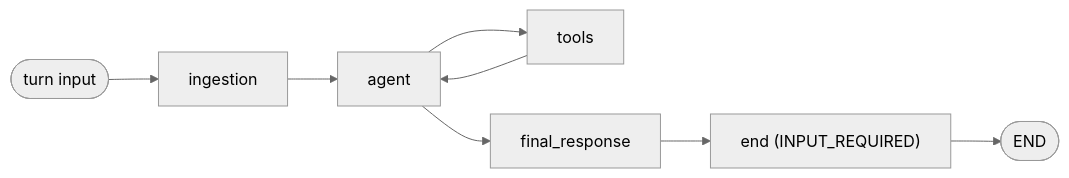
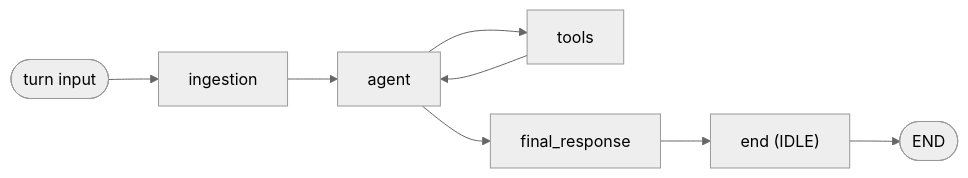
Before and after one commit to movax01h/ai-gateway: the diagram in docs/flow_registry/chat_engine.md, drawn with Mermaid (neutral theme). The commit also changed other lines of this file and 17 other files, not shown here.

Commit message:
feat(chat-engine): rest a turn as IDLE, shown as INPUT_REQUIRED to older consumers

````diff
--- a/docs/flow_registry/chat_engine.md
+++ b/docs/flow_registry/chat_engine.md
@@ -75,10 +79,10 @@
 ```mermaid
 flowchart LR
     input([turn input]) --> ingestion
     ingestion --> agent
     agent --> tools
     tools --> agent
     agent --> final_response
-    final_response --> boundary["end (INPUT_REQUIRED)"]
+    final_response --> boundary["end (IDLE)"]
     boundary --> fin([END])
 ```
````
